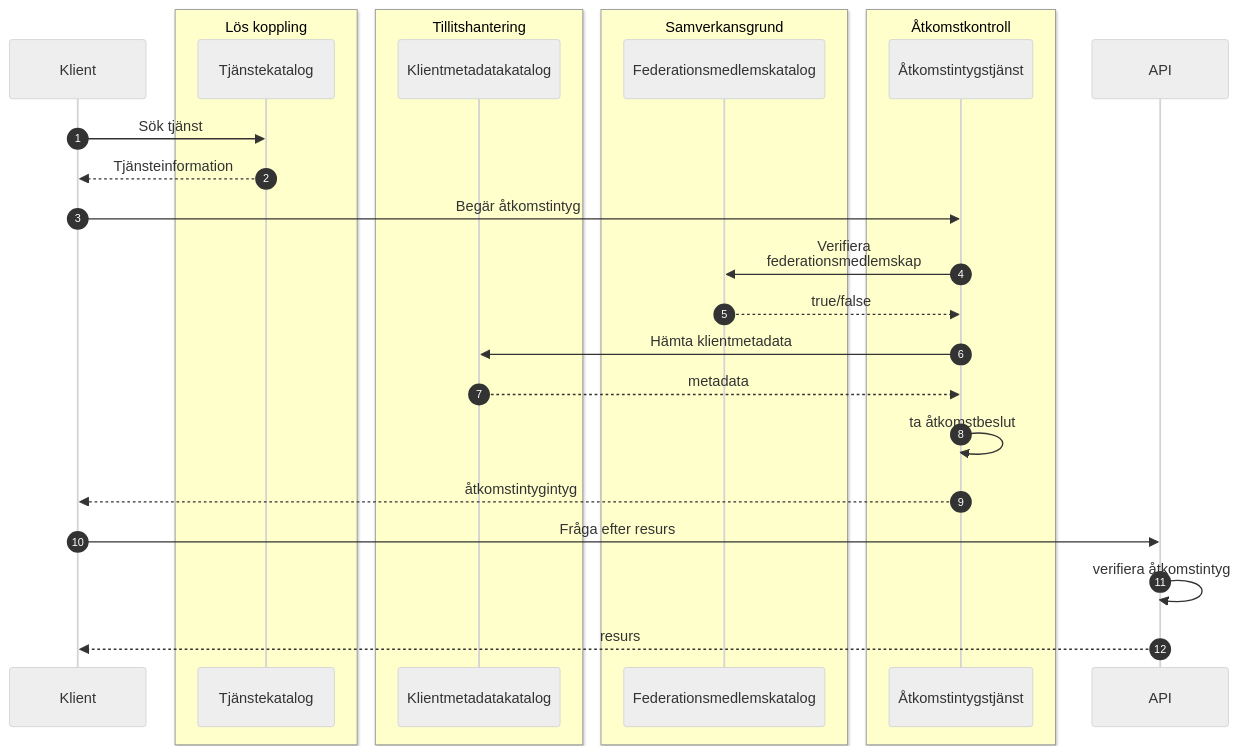
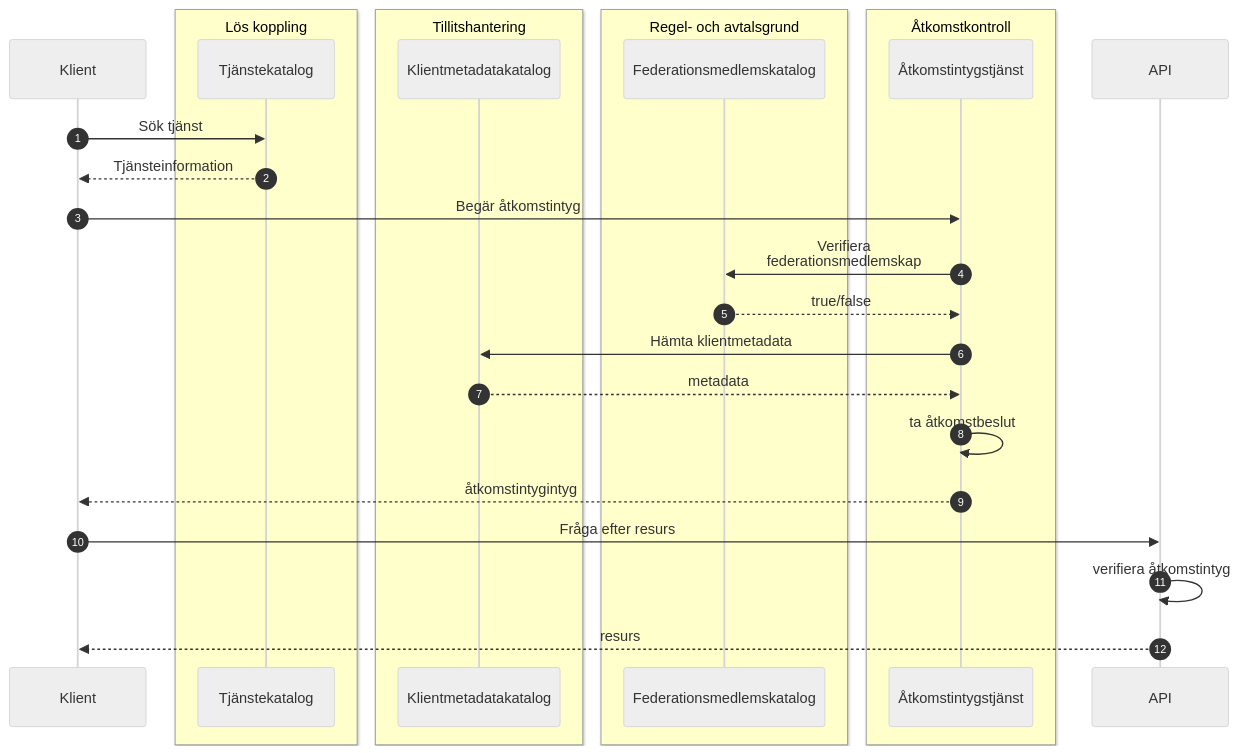
The first of 3 diagrams in T2-krav/tk-krav.md (anders-malmros-inera/t2mmd), drawn with Mermaid (neutral theme) before and after one commit. The commit also changed other lines of this file, not shown here.

Commit message:
Fix terminology in tk-krav.md: update 'Samverkansgrund' to 'Regel- och avtalsgrund' and rename section from 'Aggregerande tjänst' to 'Orkestrerande tjänst'

````diff
--- a/T2-krav/tk-krav.md
+++ b/T2-krav/tk-krav.md
@@ -3,32 +3,32 @@
 ```mermaid
 
 sequenceDiagram
     autonumber
     participant Klient
     box rgb(255,255,204) Lös koppling
         participant TC as Tjänstekatalog
     end
     box  rgb(255,255,204) Tillitshantering
         participant KM as Klientmetadatakatalog
     end
-    box  rgb(255,255,204) Samverkansgrund 
+    box  rgb(255,255,204) Regel- och avtalsgrund 
         participant FM as Federationsmedlemskatalog
     end
     box  rgb(255,255,204) Åtkomstkontroll
         participant ÅT as Åtkomstintygstjänst
     end
     participant API
  
     Klient->>TC: Sök tjänst
     TC-->>Klient: Tjänsteinformation
     Klient->>ÅT: Begär åtkomstintyg
     ÅT->>FM: Verifiera <br>federationsmedlemskap
     FM-->>ÅT: true/false
     ÅT->>KM: Hämta klientmetadata
     KM-->>ÅT: metadata
     ÅT->>ÅT: ta åtkomstbeslut
     ÅT-->>Klient: åtkomstintygintyg
     Klient->>API: Fråga efter resurs
     API->>API: verifiera åtkomstintyg
     API-->>Klient: resurs
 ```
````
